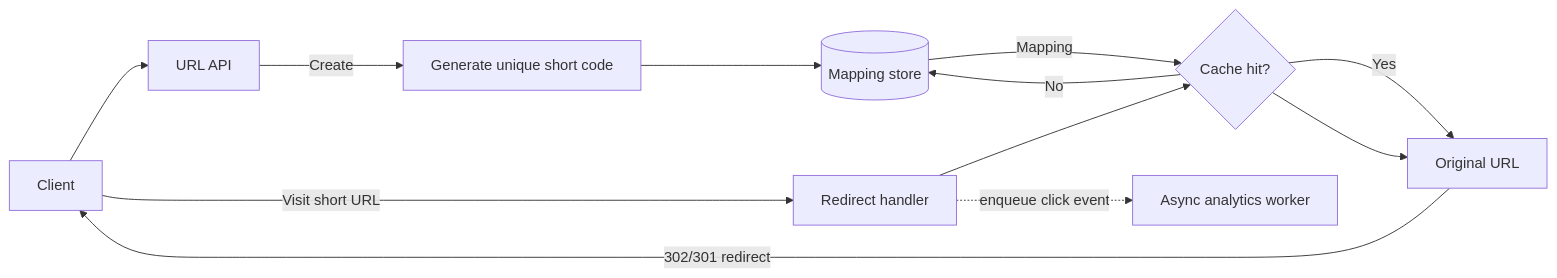
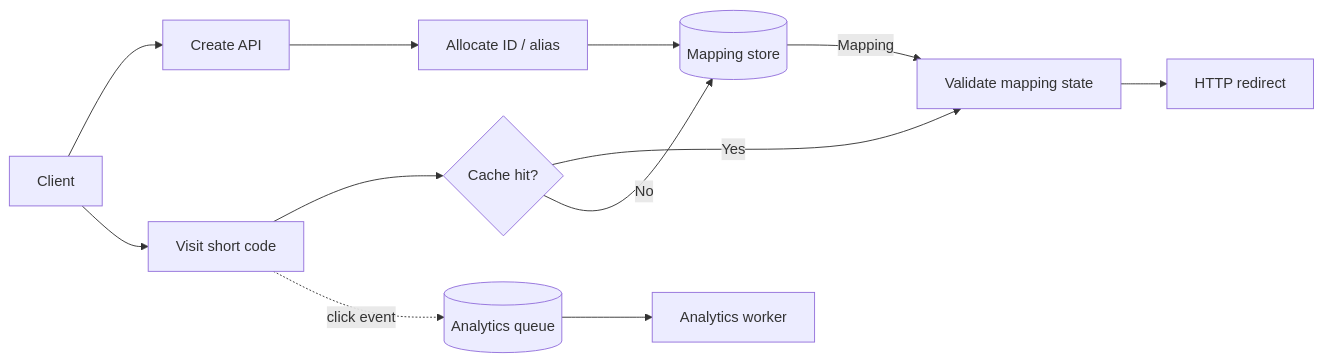
Before and after one commit to nahezsakharkar/interview-prep: the first of 2 diagrams in 06-system-design/url-shortener.md, drawn with Mermaid. The commit also changed other lines of this file and 27 other files, not shown here.

````diff
--- a/06-system-design/url-shortener.md
+++ b/06-system-design/url-shortener.md
@@ -35,14 +54,14 @@
 ```mermaid
 flowchart LR
-	client[Client] --> api[URL API]
-	api -->|Create| id[Generate unique short code]
-	id --> db[(Mapping store)]
-	client -->|Visit short URL| redirect[Redirect handler]
-	redirect --> cache{Cache hit?}
-	cache -->|Yes| target[Original URL]
-	cache -->|No| db
-	db -->|Mapping| cache
-	cache --> target
-	target -->|302/301 redirect| client
-	redirect -. enqueue click event .-> analytics[Async analytics worker]
+	client[Client] --> create[Create API]
+	create --> allocate[Allocate ID / alias]
+	allocate --> store[(Mapping store)]
+	client --> visit[Visit short code]
+	visit --> cache{Cache hit?}
+	cache -->|Yes| check[Validate mapping state]
+	cache -->|No| store
+	store -->|Mapping| check
+	check --> redirect[HTTP redirect]
+	visit -. click event .-> queue[(Analytics queue)]
+	queue --> worker[Analytics worker]
 ```
````
